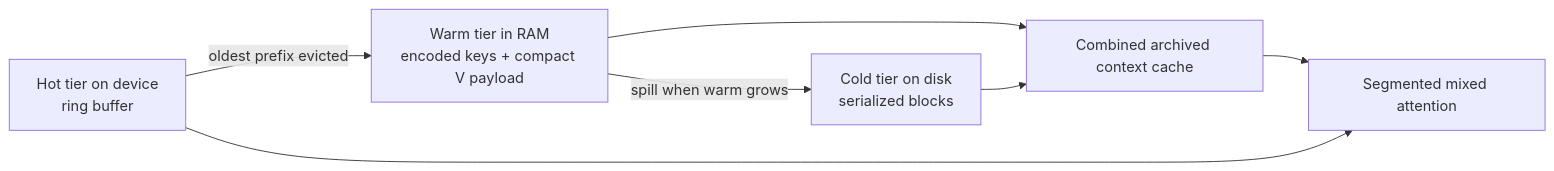
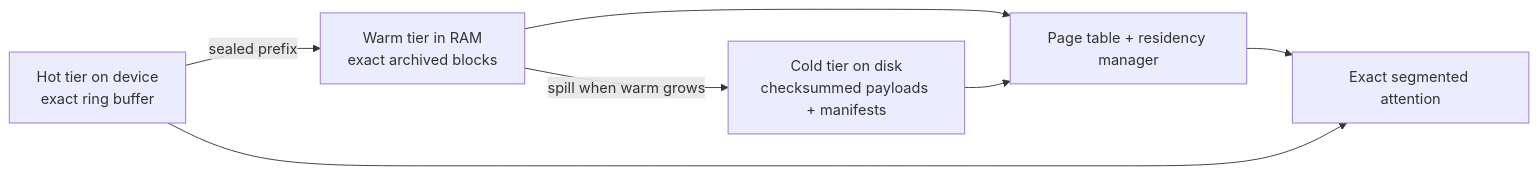
The second of 2 diagrams in README.md (dawsonblock/rfsn-MLX), drawn with Mermaid before and after one commit. The commit also changed other lines of this file and 6 other files, not shown here.

Commit message:
Enhance README and API documentation, implement disk cache management, and add cache restoration feature

````diff
--- a/README.md
+++ b/README.md
@@ -39,9 +39,9 @@
 ```mermaid
 flowchart LR
-    H[Hot tier on device\nring buffer] -->|oldest prefix evicted| W[Warm tier in RAM\nencoded keys + compact V payload]
-    W -->|spill when warm grows| C[Cold tier on disk\nserialized blocks]
-    W --> M[Combined archived context cache]
-    C --> M
-    M --> A[Segmented mixed attention]
+  H[Hot tier on device\nexact ring buffer] -->|sealed prefix| W[Warm tier in RAM\nexact archived blocks]
+  W -->|spill when warm grows| C[Cold tier on disk\nchecksummed payloads + manifests]
+  W --> P[Page table + residency manager]
+  C --> P
+  P --> A[Exact segmented attention]
     H --> A
 ```
````
